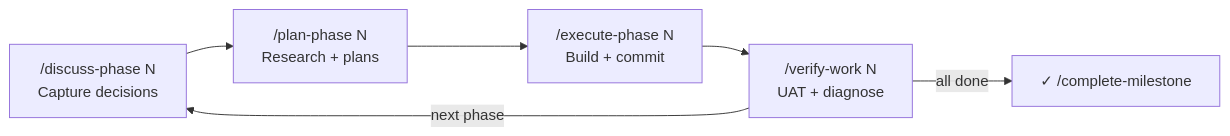
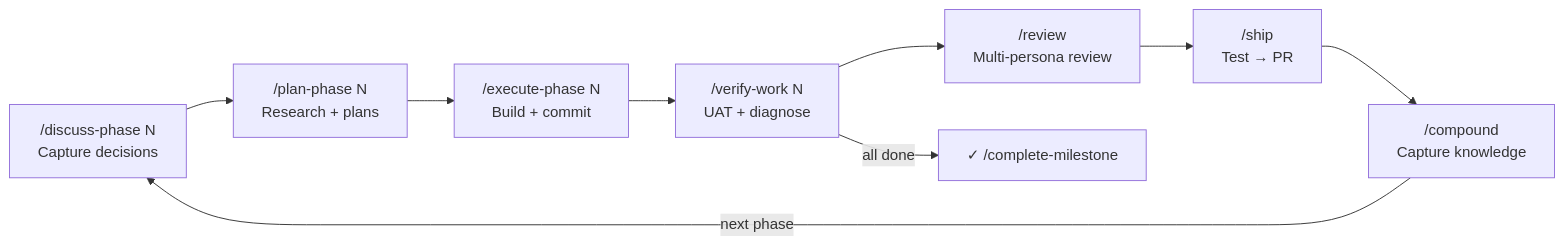
One commit to FavioVazquez/learnship changed the first of 2 diagrams in docs/core-concepts/phase-loop.md. Above: the diagram before and after it, drawn with Mermaid. The commit also changed other lines of this file and 113 other files, not shown here.

````diff
--- a/docs/core-concepts/phase-loop.md
+++ b/docs/core-concepts/phase-loop.md
@@ -12,11 +12,15 @@
 ```mermaid
 flowchart LR
     DP["/discuss-phase N<br/>Capture decisions"]
     PP["/plan-phase N<br/>Research + plans"]
     EP["/execute-phase N<br/>Build + commit"]
     VW["/verify-work N<br/>UAT + diagnose"]
+    RV["/review<br/>Multi-persona review"]
+    SH["/ship<br/>Test → PR"]
+    CP["/compound<br/>Capture knowledge"]
 
     DP --> PP --> EP --> VW
-    VW -->|"next phase"| DP
+    VW --> RV --> SH --> CP
+    CP -->|"next phase"| DP
     VW -->|"all done"| DONE["✓ /complete-milestone"]
 ```
````
